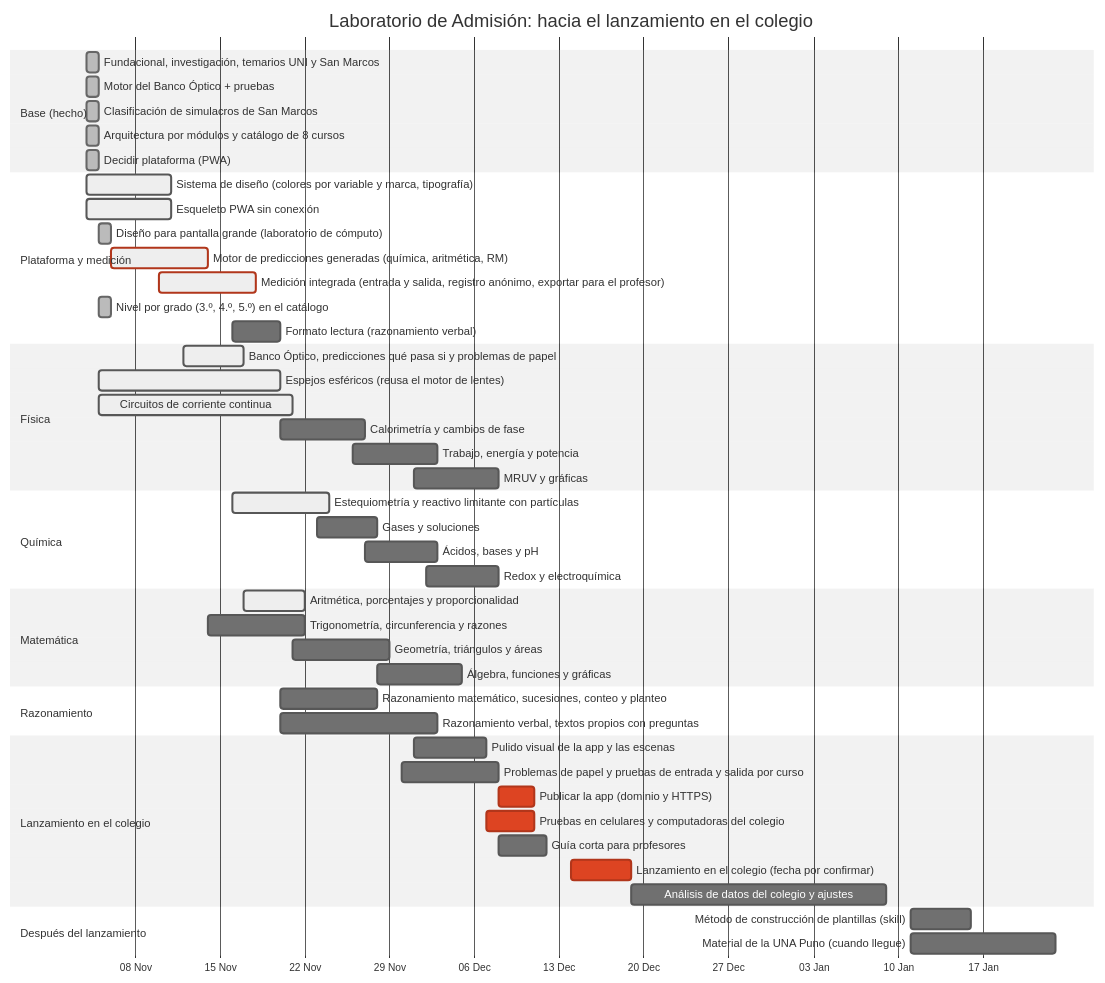
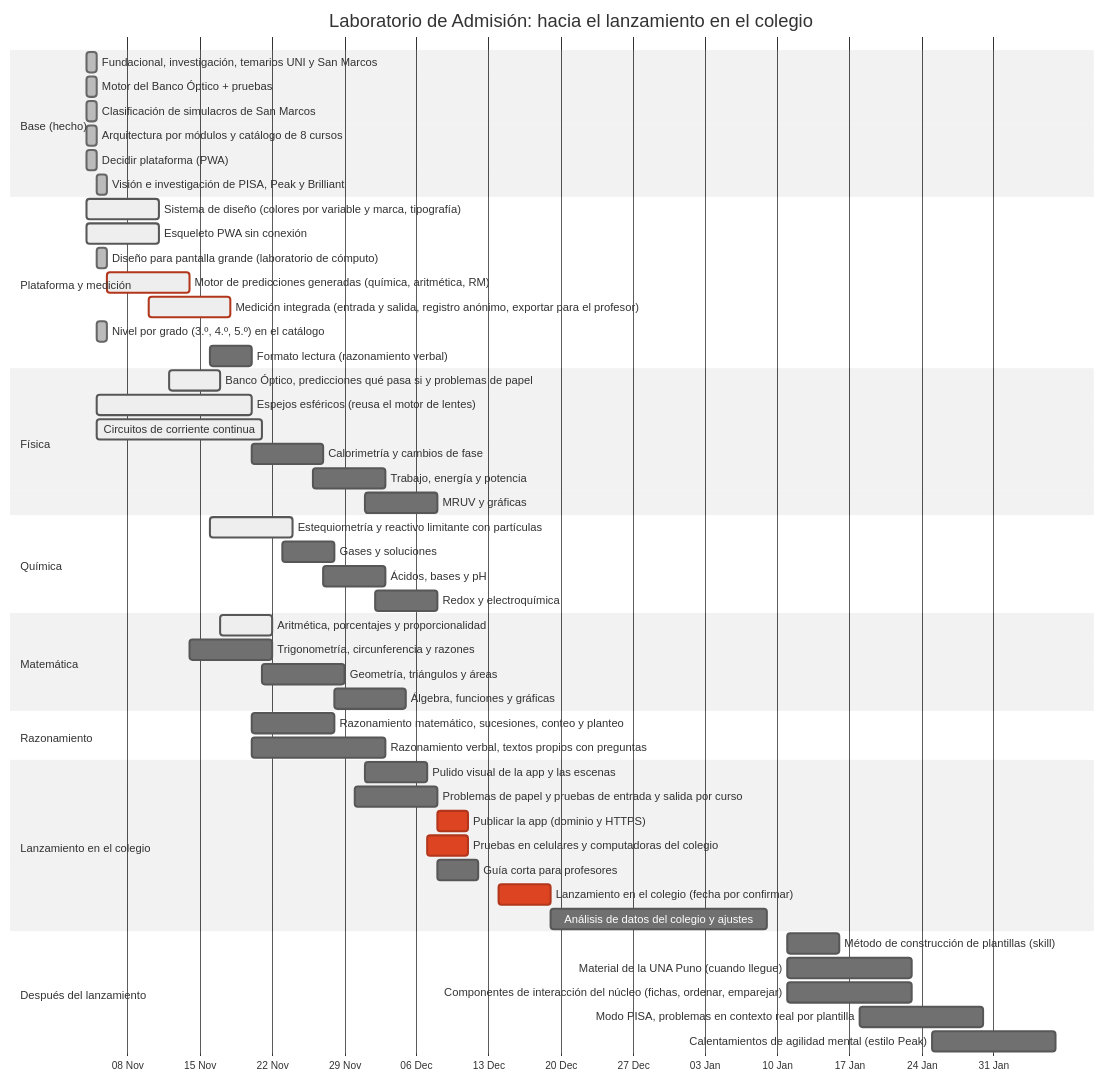
One commit to Eltiokarma/Mesa-de-Estudios changed the diagram in docs/hoja-de-ruta.md. Above: the diagram before and after it, drawn with Mermaid (neutral theme). The commit also changed other lines of this file and 1 other file, not shown here.

Commit message:
Hoja de ruta: componentes de interacción, modo PISA y agilidad mental después del lanzamiento
Claude-Session: https://claude.ai/code/session_01P39d2zJ3QUYMWCh94VgtTb

````diff
--- a/docs/hoja-de-ruta.md
+++ b/docs/hoja-de-ruta.md
@@ -52,59 +53,63 @@
 ```mermaid
 gantt
     title Laboratorio de Admisión: hacia el lanzamiento en el colegio
     dateFormat  YYYY-MM-DD
     axisFormat  %d %b
 
     section Base (hecho)
     Fundacional, investigación, temarios UNI y San Marcos :done, f0a, 2026-11-04, 2026-11-05
     Motor del Banco Óptico + pruebas :done, f0b, 2026-11-04, 2026-11-05
     Clasificación de simulacros de San Marcos :done, f0c, 2026-11-04, 2026-11-05
     Arquitectura por módulos y catálogo de 8 cursos :done, f0g, 2026-11-04, 2026-11-05
     Decidir plataforma (PWA) :done, f0d, 2026-11-04, 2026-11-05
+    Visión e investigación de PISA, Peak y Brilliant :done, f0h, 2026-11-05, 2026-11-06
 
     section Plataforma y medición
     Sistema de diseño (colores por variable y marca, tipografía) :active, f0e, 2026-11-04, 2026-11-11
     Esqueleto PWA sin conexión :active, f0f, 2026-11-04, 2026-11-11
     Diseño para pantalla grande (laboratorio de cómputo) :done, pl1, 2026-11-05, 2026-11-06
     Motor de predicciones generadas (química, aritmética, RM) :active, crit, pl3, 2026-11-06, 2026-11-14
     Medición integrada (entrada y salida, registro anónimo, exportar para el profesor) :active, crit, pl2, 2026-11-10, 2026-11-18
     Nivel por grado (3.º, 4.º, 5.º) en el catálogo :done, pl5, 2026-11-05, 2026-11-06
     Formato lectura (razonamiento verbal) :pl4, 2026-11-16, 2026-11-20
 
     section Física
     Banco Óptico, predicciones qué pasa si y problemas de papel :active, fi1, 2026-11-12, 2026-11-17
     Espejos esféricos (reusa el motor de lentes) :active, fi5, 2026-11-05, 2026-11-20
     Circuitos de corriente continua :active, fi2, 2026-11-05, 2026-11-21
     Calorimetría y cambios de fase :fi3, 2026-11-20, 2026-11-27
     Trabajo, energía y potencia :fi4, 2026-11-26, 2026-12-03
     MRUV y gráficas :fi6, 2026-12-01, 2026-12-08
 
     section Química
     Estequiometría y reactivo limitante con partículas :active, qu1, 2026-11-16, 2026-11-24
     Gases y soluciones :qu2, 2026-11-23, 2026-11-28
     Ácidos, bases y pH :qu3, 2026-11-27, 2026-12-03
     Redox y electroquímica :qu4, 2026-12-02, 2026-12-08
 
     section Matemática
     Aritmética, porcentajes y proporcionalidad :active, ma4, 2026-11-17, 2026-11-22
     Trigonometría, circunferencia y razones :ma1, 2026-11-14, 2026-11-22
     Geometría, triángulos y áreas :ma2, 2026-11-21, 2026-11-29
     Álgebra, funciones y gráficas :ma3, 2026-11-28, 2026-12-05
 
     section Razonamiento
     Razonamiento matemático, sucesiones, conteo y planteo :ra1, 2026-11-20, 2026-11-28
     Razonamiento verbal, textos propios con preguntas :ra2, 2026-11-20, 2026-12-03
 
     section Lanzamiento en el colegio
     Pulido visual de la app y las escenas :pl6, 2026-12-01, 2026-12-07
     Problemas de papel y pruebas de entrada y salida por curso :la1, 2026-11-30, 2026-12-08
     Publicar la app (dominio y HTTPS) :crit, la3, 2026-12-08, 2026-12-11
     Pruebas en celulares y computadoras del colegio :crit, la2, 2026-12-07, 2026-12-11
     Guía corta para profesores :la4, 2026-12-08, 2026-12-12
     Lanzamiento en el colegio (fecha por confirmar) :crit, la5, 2026-12-14, 2026-12-19
     Análisis de datos del colegio y ajustes :la6, 2026-12-19, 2027-01-09
 
     section Después del lanzamiento
     Método de construcción de plantillas (skill) :f2a, 2027-01-11, 2027-01-16
     Material de la UNA Puno (cuando llegue) :f2c, 2027-01-11, 2027-01-23
+    Componentes de interacción del núcleo (fichas, ordenar, emparejar) :f2d, 2027-01-11, 2027-01-23
+    Modo PISA, problemas en contexto real por plantilla :f2e, 2027-01-18, 2027-01-30
+    Calentamientos de agilidad mental (estilo Peak) :f2f, 2027-01-25, 2027-02-06
 ```
````
